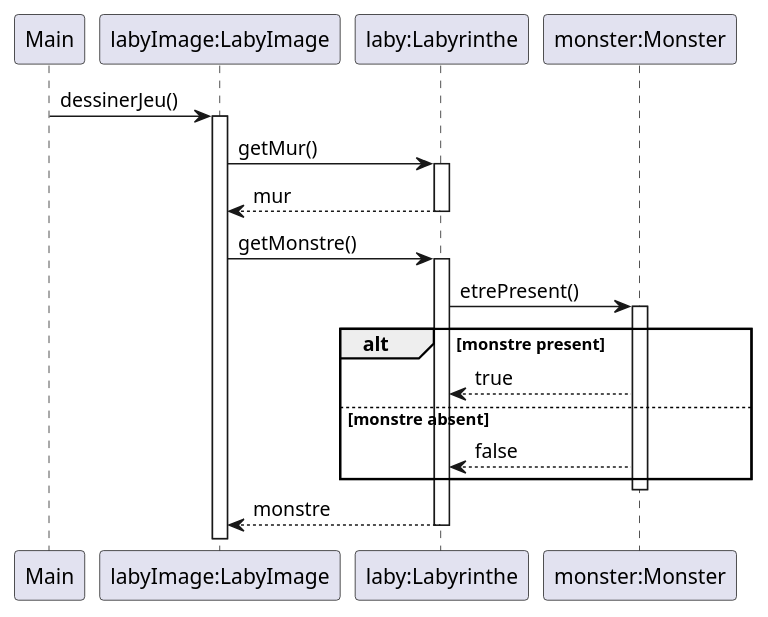
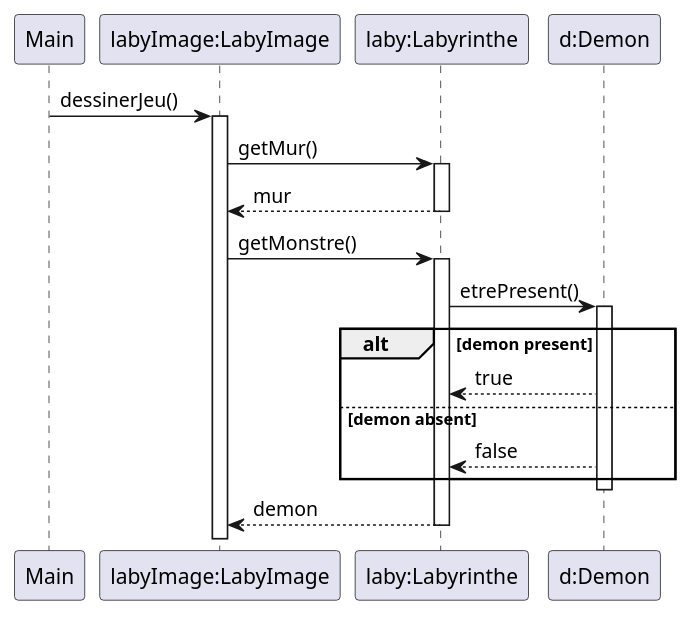
The diagram in documents/version_4/diag_seq_labyimage.puml (WashiFR/2023_Zeldiablo_weier3u_lemeunie6u_chauvel8u_dietric43u), drawn with PlantUML before and after one commit. The commit also changed 7 other files, not shown here.

Commit message:
Rectification des diagrammes de séquence

```diff
--- a/documents/version_4/diag_seq_labyimage.puml
+++ b/documents/version_4/diag_seq_labyimage.puml
@@ -1,26 +1,26 @@
 @startuml
 
 participant Main
 participant "labyImage:LabyImage" as labyImage
 participant "laby:Labyrinthe" as labyrinthe
-participant "monster:Monster" as monster
+participant "d:Demon" as demon
 Main -> labyImage : dessinerJeu()
 activate labyImage
 labyImage -> labyrinthe : getMur()
 activate labyrinthe
 labyImage <-- labyrinthe : mur
 deactivate labyrinthe
 labyImage -> labyrinthe : getMonstre()
 activate labyrinthe
-labyrinthe -> monster : etrePresent()
-activate monster
-alt monstre present
-    labyrinthe <-- monster : true
-else monstre absent
-    labyrinthe <-- monster : false
+labyrinthe -> demon : etrePresent()
+activate demon
+alt demon present
+    labyrinthe <-- demon : true
+else demon absent
+    labyrinthe <-- demon : false
 end
-deactivate monster
-labyImage <-- labyrinthe : monstre
+deactivate demon
+labyImage <-- labyrinthe : demon
 deactivate labyrinthe
 
 @enduml
```
